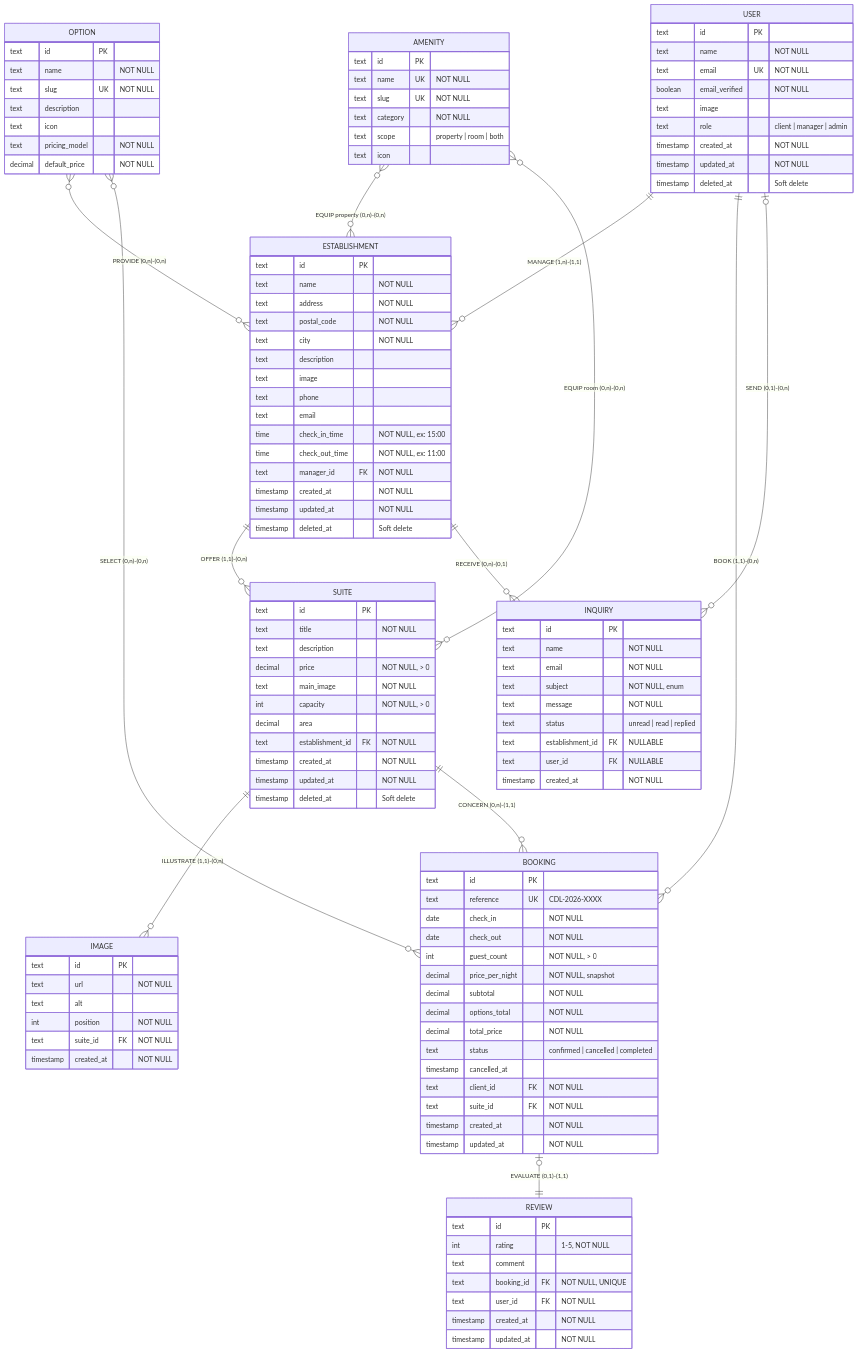
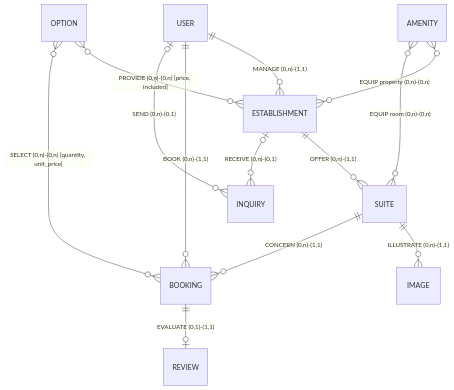
One commit to SIMPLON-DIST-CDA-260316/hotel-ab-jl-tt changed the first of 7 diagrams in docs/merise.md. Above: the diagram before and after it, drawn with Mermaid. The commit also changed other lines of this file, not shown here.

````diff
--- a/docs/merise.md
+++ b/docs/merise.md
@@ -227,134 +208,24 @@
 ```mermaid
 erDiagram
-    %% ─── Associations principales ───
 
-    USER ||--o{ ESTABLISHMENT : "MANAGE (1,n)-(1,1)"
-    ESTABLISHMENT ||--o{ SUITE : "OFFER (1,1)-(0,n)"
-    SUITE ||--o{ IMAGE : "ILLUSTRATE (1,1)-(0,n)"
+    %% ─── Associations 1:N ───
+
+    USER ||--o{ ESTABLISHMENT : "MANAGE (0,n)-(1,1)"
+    USER ||--o{ BOOKING : "BOOK (0,n)-(1,1)"
+    ESTABLISHMENT ||--o{ SUITE : "OFFER (0,n)-(1,1)"
+    SUITE ||--o{ IMAGE : "ILLUSTRATE (0,n)-(1,1)"
+    SUITE ||--o{ BOOKING : "CONCERN (0,n)-(1,1)"
+
+    %% ─── Associations N:N ───
 
     AMENITY }o--o{ ESTABLISHMENT : "EQUIP property (0,n)-(0,n)"
     AMENITY }o--o{ SUITE : "EQUIP room (0,n)-(0,n)"
+    OPTION }o--o{ ESTABLISHMENT : "PROVIDE (0,n)-(0,n) [price, included]"
+    OPTION }o--o{ BOOKING : "SELECT (0,n)-(0,n) [quantity, unit_price]"
 
-    OPTION }o--o{ ESTABLISHMENT : "PROVIDE (0,n)-(0,n)"
-    OPTION }o--o{ BOOKING : "SELECT (0,n)-(0,n)"
+    %% ─── Associations 1:1 et optionnelles ───
 
-    USER ||--o{ BOOKING : "BOOK (1,1)-(0,n)"
-    SUITE ||--o{ BOOKING : "CONCERN (0,n)-(1,1)"
-    BOOKING |o--|| REVIEW : "EVALUATE (0,1)-(1,1)"
-    ESTABLISHMENT ||--o{ INQUIRY : "RECEIVE (0,n)-(0,1)"
-    USER |o--o{ INQUIRY : "SEND (0,1)-(0,n)"
-
-    %% ─── Entités ───
-
-    USER {
-        text id PK
-        text name "NOT NULL"
-        text email UK "NOT NULL"
-        boolean email_verified "NOT NULL"
-        text image
-        text role "client | manager | admin"
-        timestamp created_at "NOT NULL"
-        timestamp updated_at "NOT NULL"
-        timestamp deleted_at "Soft delete"
-    }
-
-    ESTABLISHMENT {
-        text id PK
-        text name "NOT NULL"
-        text address "NOT NULL"
-        text postal_code "NOT NULL"
-        text city "NOT NULL"
-        text description
-        text image
-        text phone
-        text email
-        time check_in_time "NOT NULL, ex: 15:00"
-        time check_out_time "NOT NULL, ex: 11:00"
-        text manager_id FK "NOT NULL"
-        timestamp created_at "NOT NULL"
-        timestamp updated_at "NOT NULL"
-        timestamp deleted_at "Soft delete"
-    }
-
-    SUITE {
-        text id PK
-        text title "NOT NULL"
-        text description
-        decimal price "NOT NULL, > 0"
-        text main_image "NOT NULL"
-        int capacity "NOT NULL, > 0"
-        decimal area
-        text establishment_id FK "NOT NULL"
-        timestamp created_at "NOT NULL"
-        timestamp updated_at "NOT NULL"
-        timestamp deleted_at "Soft delete"
-    }
-
-    IMAGE {
-        text id PK
-        text url "NOT NULL"
-        text alt
-        int position "NOT NULL"
-        text suite_id FK "NOT NULL"
-        timestamp created_at "NOT NULL"
-    }
-
-    AMENITY {
-        text id PK
-        text name UK "NOT NULL"
-        text slug UK "NOT NULL"
-        text category "NOT NULL"
-        text scope "property | room | both"
-        text icon
-    }
-
-    OPTION {
-        text id PK
-        text name "NOT NULL"
-        text slug UK "NOT NULL"
-        text description
-        text icon
-        text pricing_model "NOT NULL"
-        decimal default_price "NOT NULL"
-    }
-
-    BOOKING {
-        text id PK
-        text reference UK "CDL-2026-XXXX"
-        date check_in "NOT NULL"
-        date check_out "NOT NULL"
-        int guest_count "NOT NULL, > 0"
-        decimal price_per_night "NOT NULL, snapshot"
-        decimal subtotal "NOT NULL"
-        decimal options_total "NOT NULL"
-        decimal total_price "NOT NULL"
-        text status "confirmed | cancelled | completed"
-        timestamp cancelled_at
-        text client_id FK "NOT NULL"
-        text suite_id FK "NOT NULL"
-        timestamp created_at "NOT NULL"
-        timestamp updated_at "NOT NULL"
-    }
-
-    REVIEW {
-        text id PK
-        int rating "1-5, NOT NULL"
-        text comment
-        text booking_id FK "NOT NULL, UNIQUE"
-        text user_id FK "NOT NULL"
-        timestamp created_at "NOT NULL"
-        timestamp updated_at "NOT NULL"
-    }
-
-    INQUIRY {
-        text id PK
-        text name "NOT NULL"
-        text email "NOT NULL"
-        text subject "NOT NULL, enum"
-        text message "NOT NULL"
-        text status "unread | read | replied"
-        text establishment_id FK "NULLABLE"
-        text user_id FK "NULLABLE"
-        timestamp created_at "NOT NULL"
-    }
+    BOOKING ||--o| REVIEW : "EVALUATE (0,1)-(1,1)"
+    ESTABLISHMENT |o--o{ INQUIRY : "RECEIVE (0,n)-(0,1)"
+    USER |o--o{ INQUIRY : "SEND (0,n)-(0,1)"
 ```
````
